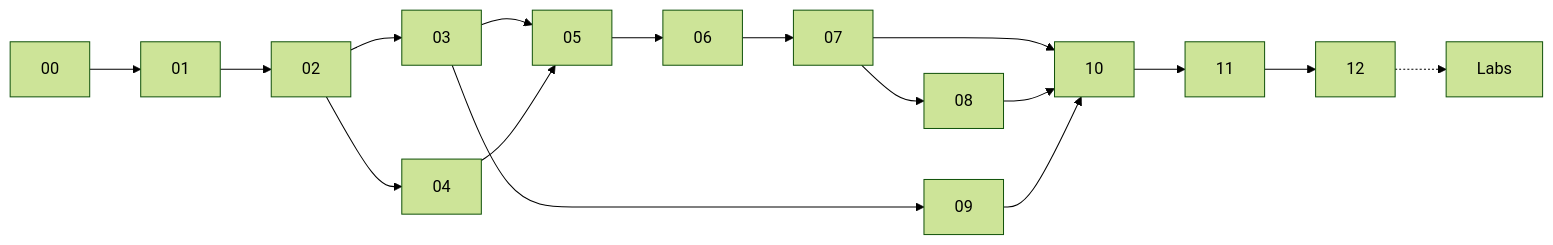
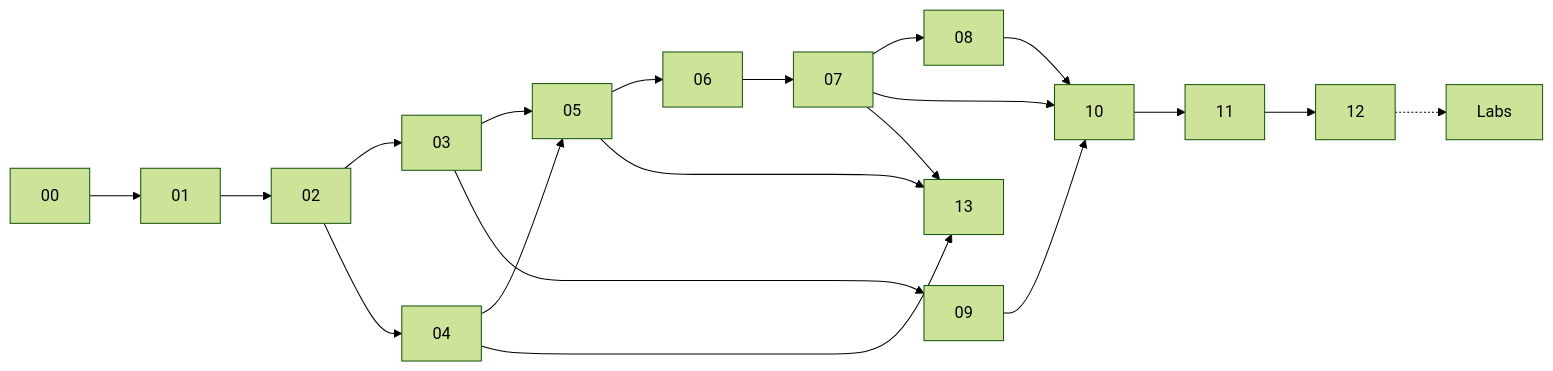
Before and after one commit to HieNguyen08/rag-masterclass: the diagram in docs/index.md, drawn with Mermaid (forest theme). The commit also changed other lines of this file and 28 other files, not shown here.

````diff
--- a/docs/index.md
+++ b/docs/index.md
@@ -68,10 +69,11 @@
 ```mermaid
 flowchart LR
     A[00] --> B[01] --> C[02]
     C --> D[03] & E[04]
     D & E --> F[05] --> G[06] --> H[07]
     H --> I[08]
     D --> J[09]
     H & I & J --> K[10] --> L[11] --> M[12]
+    E & F & H --> P[13]
     M -.-> N[Labs]
 ```
````
